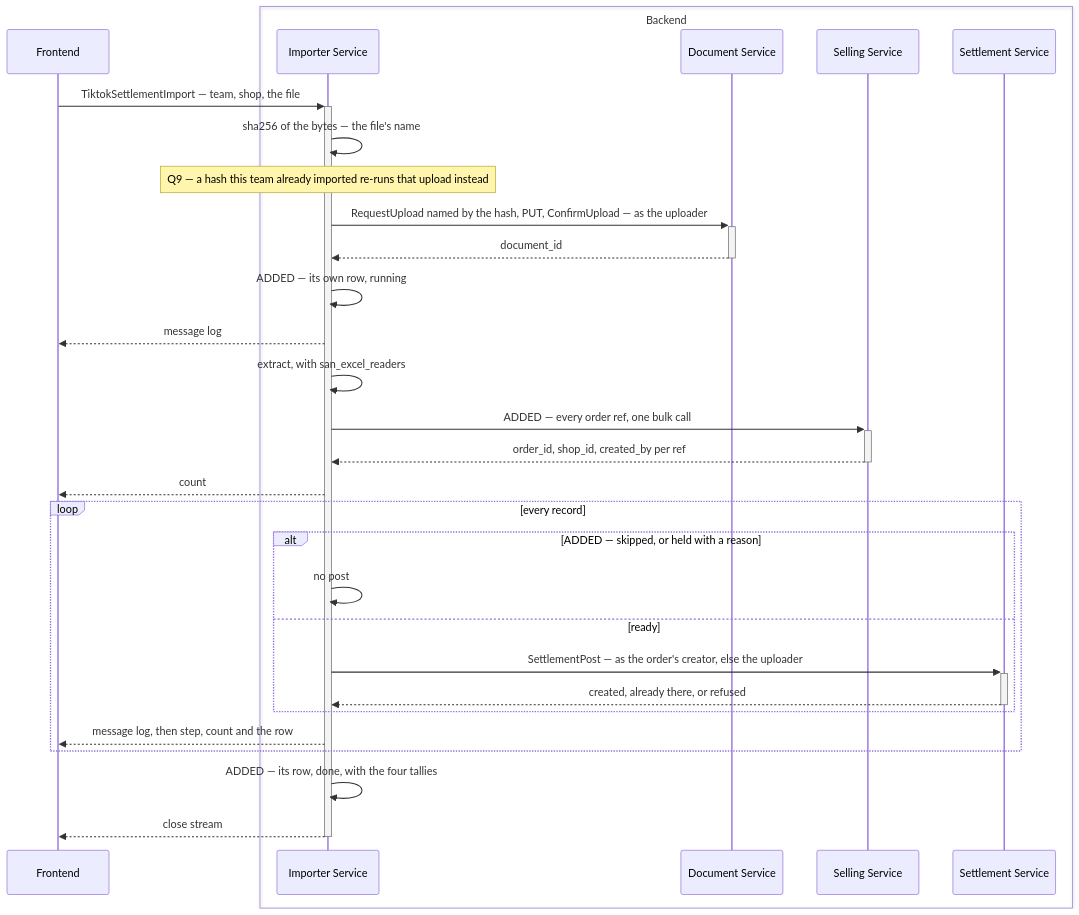
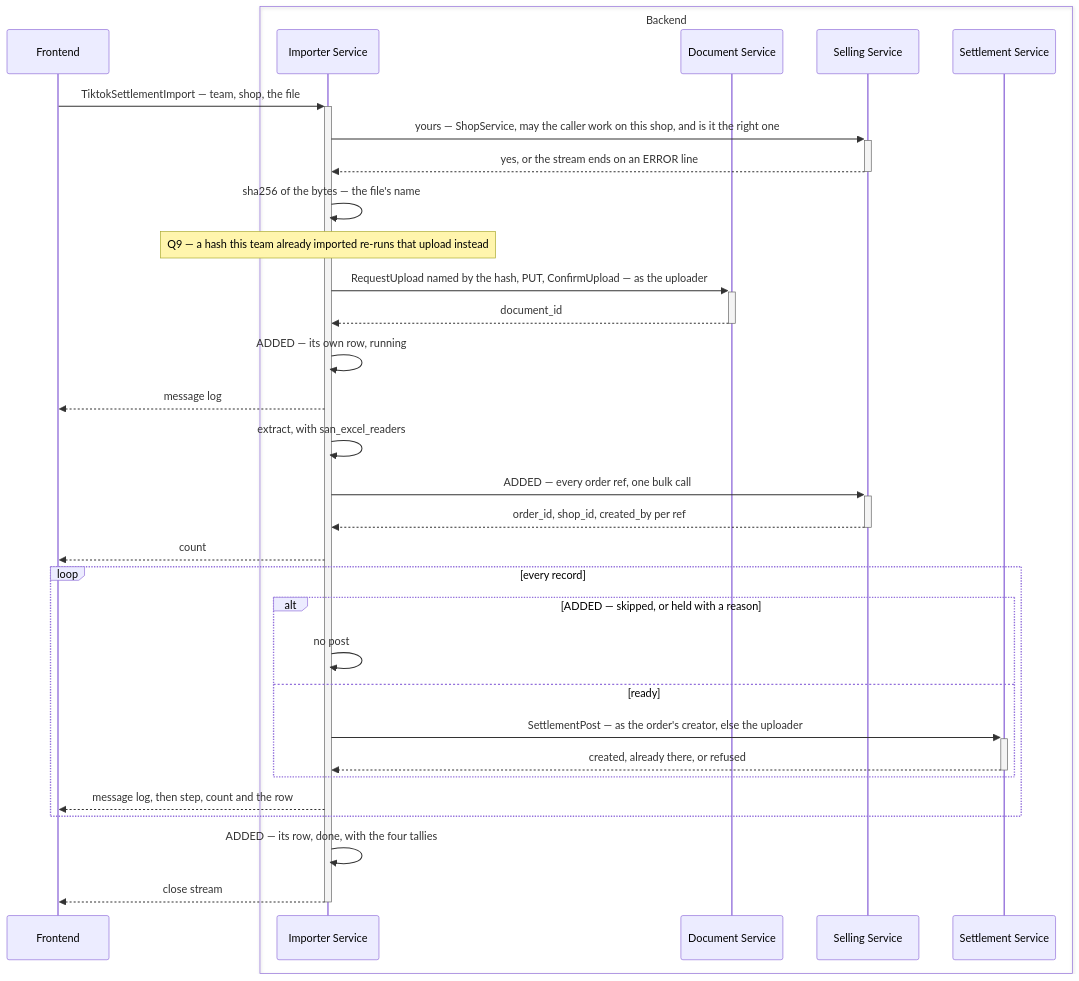
The third of 9 diagrams in docs/business/settlement/settlement_importer_clarify.md (pdcgo/warehouse_revamp), drawn with Mermaid before and after one commit. The commit also changed other lines of this file and 3 other files, not shown here.

````diff
--- a/docs/business/settlement/settlement_importer_clarify.md
+++ b/docs/business/settlement/settlement_importer_clarify.md
@@ -108,32 +109,34 @@
 ```mermaid
 sequenceDiagram
     participant fe as Frontend
     box Backend
         participant import as Importer Service
         participant doc as Document Service
         participant sell as Selling Service
         participant settle as Settlement Service
     end
     fe->>+import: TiktokSettlementImport — team, shop, the file
+    import->>+sell: yours — ShopService, may the caller work on this shop, and is it the right one
+    sell-->>-import: yes, or the stream ends on an ERROR line
     import->>import: sha256 of the bytes — the file's name
     Note over import: Q9 — a hash this team already imported re-runs that upload instead
     import->>+doc: RequestUpload named by the hash, PUT, ConfirmUpload — as the uploader
     doc-->>-import: document_id
     import->>import: ADDED — its own row, running
     import-->>fe: message log
     import->>import: extract, with san_excel_readers
     import->>+sell: ADDED — every order ref, one bulk call
     sell-->>-import: order_id, shop_id, created_by per ref
     import-->>fe: count
     loop every record
         alt ADDED — skipped, or held with a reason
             import->>import: no post
         else ready
             import->>+settle: SettlementPost — as the order's creator, else the uploader
             settle-->>-import: created, already there, or refused
         end
         import-->>fe: message log, then step, count and the row
     end
     import->>import: ADDED — its row, done, with the four tallies
     import-->>-fe: close stream
 ```
````
